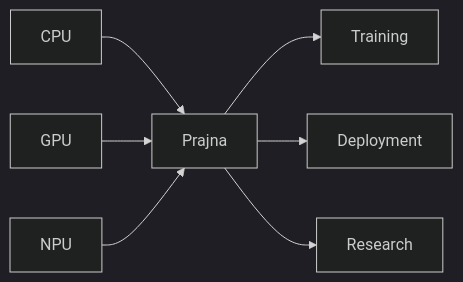
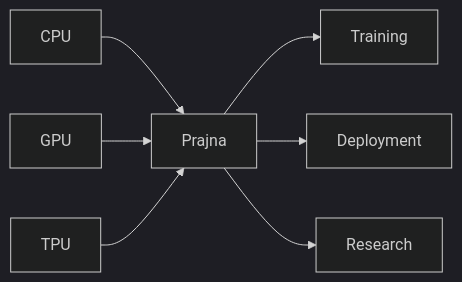
One commit to prajna-lang/prajna changed the first of 3 diagrams in README.md. Above: the diagram before and after it, drawn with Mermaid (dark theme). The commit also changed other lines of this file, not shown here.

````diff
--- a/README.md
+++ b/README.md
@@ -5,10 +5,10 @@
 ```mermaid
 graph LR
     CPU --> Prajna
     GPU --> Prajna
-    NPU --> Prajna
+    TPU --> Prajna
 
     Prajna --> Training
     Prajna --> Deployment
     Prajna --> Research
 ```
````
